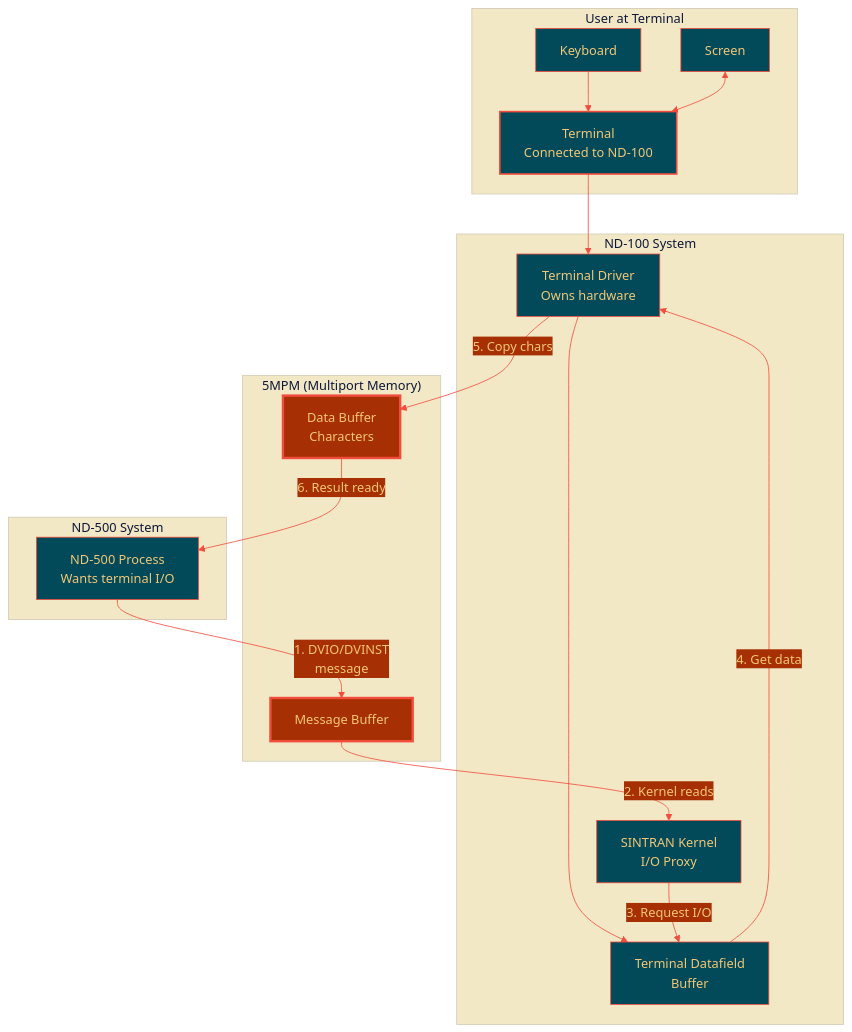
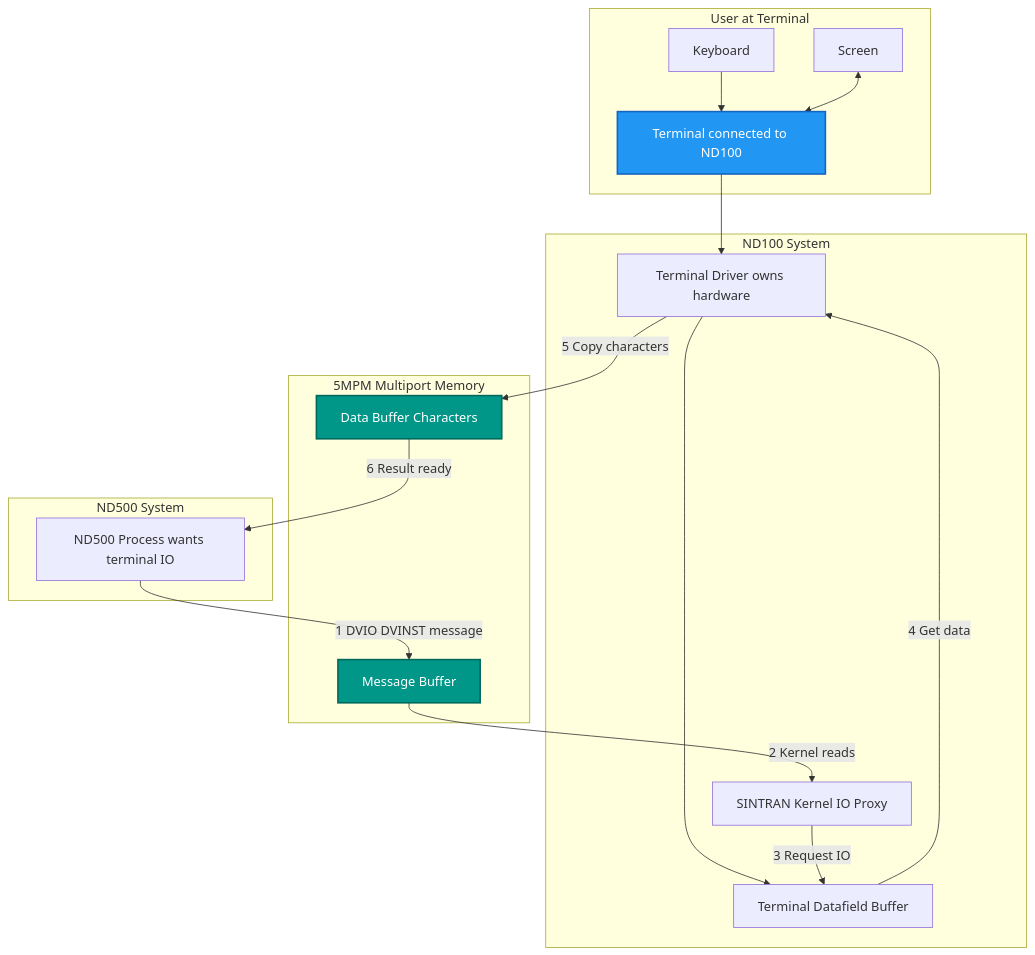
The first of 3 diagrams in SINTRAN/OS/07-ND500-IO-AND-USER-INTERACTION.md (HackerCorpLabs/NDInsight), drawn with Mermaid before and after one commit. The commit also changed other lines of this file and 19 other files, not shown here.

Commit message:
Updated Mermaid diagrams

````diff
--- a/SINTRAN/OS/07-ND500-IO-AND-USER-INTERACTION.md
+++ b/SINTRAN/OS/07-ND500-IO-AND-USER-INTERACTION.md
@@ -70,41 +70,61 @@
 ```mermaid
-%%{init: {'theme':'base', 'themeVariables': {'primaryColor':'#024959','primaryTextColor':'#F2C777','primaryBorderColor':'#F24C3D','lineColor':'#F24C3D','secondaryColor':'#A62F03','tertiaryColor':'#F2E8C6'}}}%%
 flowchart TB
-    subgraph USER ["User at Terminal"]
-        TERM[Terminal<br/>Connected to ND-100]
+    %% ============================================
+    %% USER TERMINAL
+    %% ============================================
+    subgraph USER [User at Terminal]
         KEYBOARD[Keyboard]
         SCREEN[Screen]
+        TERM[Terminal connected to ND100]
+        KEYBOARD --> TERM
+        SCREEN <--> TERM
     end
-    
-    subgraph ND100 ["ND-100 System"]
-        TERMDRV[Terminal Driver<br/>Owns hardware]
-        KERNEL[SINTRAN Kernel<br/>I/O Proxy]
-        DATAFIELD[Terminal Datafield<br/>Buffer]
+
+    %% ============================================
+    %% ND100 SYSTEM
+    %% ============================================
+    subgraph ND100 [ND100 System]
+        TERMDRV[Terminal Driver owns hardware]
+        KERNEL[SINTRAN Kernel IO Proxy]
+        DATAFIELD[Terminal Datafield Buffer]
     end
-    
-    subgraph MPM ["5MPM (Multiport Memory)"]
+
+    %% ============================================
+    %% MULTIPORT MEMORY
+    %% ============================================
+    subgraph MPM [5MPM Multiport Memory]
         MSGBUF[Message Buffer]
-        DATABUF[Data Buffer<br/>Characters]
+        DATABUF[Data Buffer Characters]
     end
-    
-    subgraph ND500 ["ND-500 System"]
-        PROC[ND-500 Process<br/>Wants terminal I/O]
+
+    %% ============================================
+    %% ND500 SYSTEM
+    %% ============================================
+    subgraph ND500 [ND500 System]
+        PROC[ND500 Process wants terminal IO]
     end
-    
-    KEYBOARD --> TERM
+
+    %% ============================================
+    %% FLOW CONNECTIONS
+    %% ============================================
     TERM --> TERMDRV
     TERMDRV --> DATAFIELD
-    
-    PROC -->|1. DVIO/DVINST<br/>message| MSGBUF
-    MSGBUF -->|2. Kernel reads| KERNEL
-    KERNEL -->|3. Request I/O| DATAFIELD
-    DATAFIELD -->|4. Get data| TERMDRV
-    TERMDRV -->|5. Copy chars| DATABUF
-    DATABUF -->|6. Result ready| PROC
-    
-    SCREEN <--> TERM
-    
-    style TERM fill:#024959,stroke:#F24C3D,stroke-width:2px,color:#F2C777
-    style MSGBUF fill:#A62F03,stroke:#F24C3D,stroke-width:3px,color:#F2C777
-    style DATABUF fill:#A62F03,stroke:#F24C3D,stroke-width:3px,color:#F2C777
+
+    PROC -->|"1 DVIO DVINST message"| MSGBUF
+    MSGBUF -->|"2 Kernel reads"| KERNEL
+    KERNEL -->|"3 Request IO"| DATAFIELD
+    DATAFIELD -->|"4 Get data"| TERMDRV
+    TERMDRV -->|"5 Copy characters"| DATABUF
+    DATABUF -->|"6 Result ready"| PROC
+
+    %% ============================================
+    %% STYLE DEFINITIONS
+    %% ============================================
+    classDef blue fill:#2196F3,stroke:#1565C0,stroke-width:2px,color:#fff
+    classDef green fill:#009688,stroke:#00695C,stroke-width:2px,color:#fff
+
+    class TERM blue
+    class MSGBUF,DATABUF green
+
+
 ```
````
